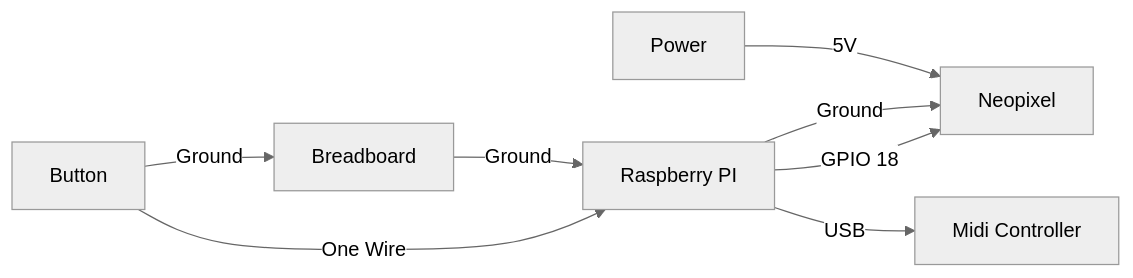
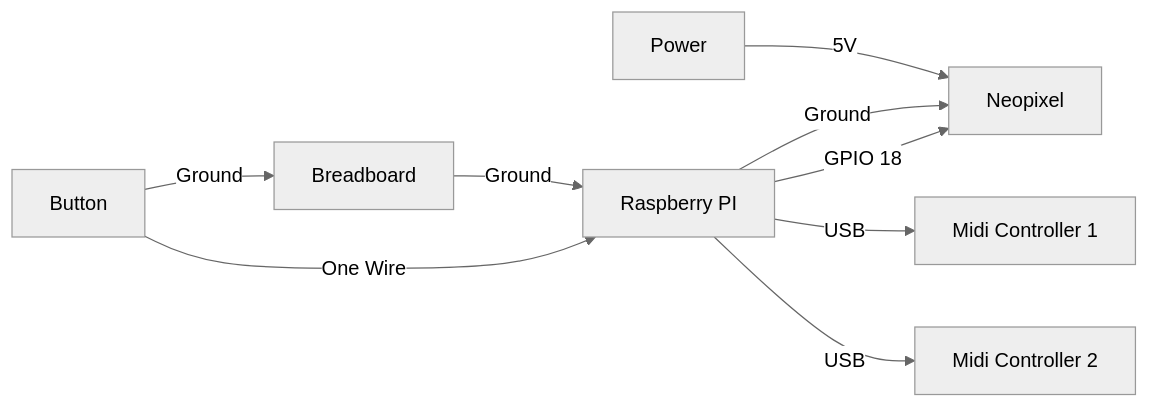
One commit to Kean-en/TeamA-Egl314 changed the diagram in README.md. Above: the diagram before and after it, drawn with Mermaid (neutral theme). The commit also changed other lines of this file and 13 other files, not shown here.

````diff
--- a/README.md
+++ b/README.md
@@ -34,16 +36,18 @@
 ```mermaid
 graph LR
 A[Button]
 B[Breadboard]
 C[Raspberry PI]
 D[Neopixel]
-E[Midi Controller]
+E[Midi Controller 1]
+F[Midi Controller 2]
 
 A --Ground--> B
 A --One Wire--> C
 B --Ground--> C
 C --GPIO 18--> D
 C --Ground--> D
 C --USB--> E
+C --USB--> F
 Power --5V--> D
 ```
````
